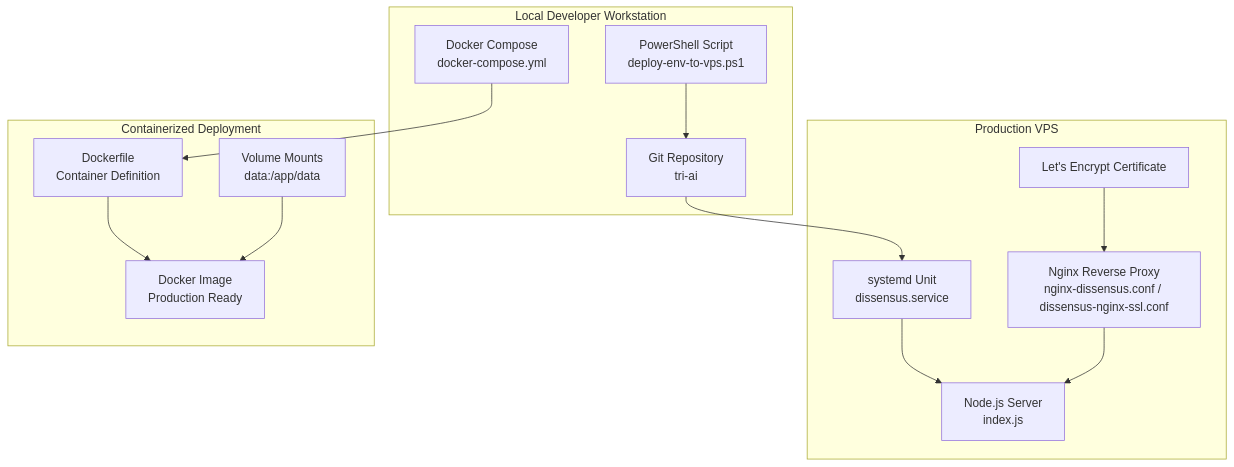
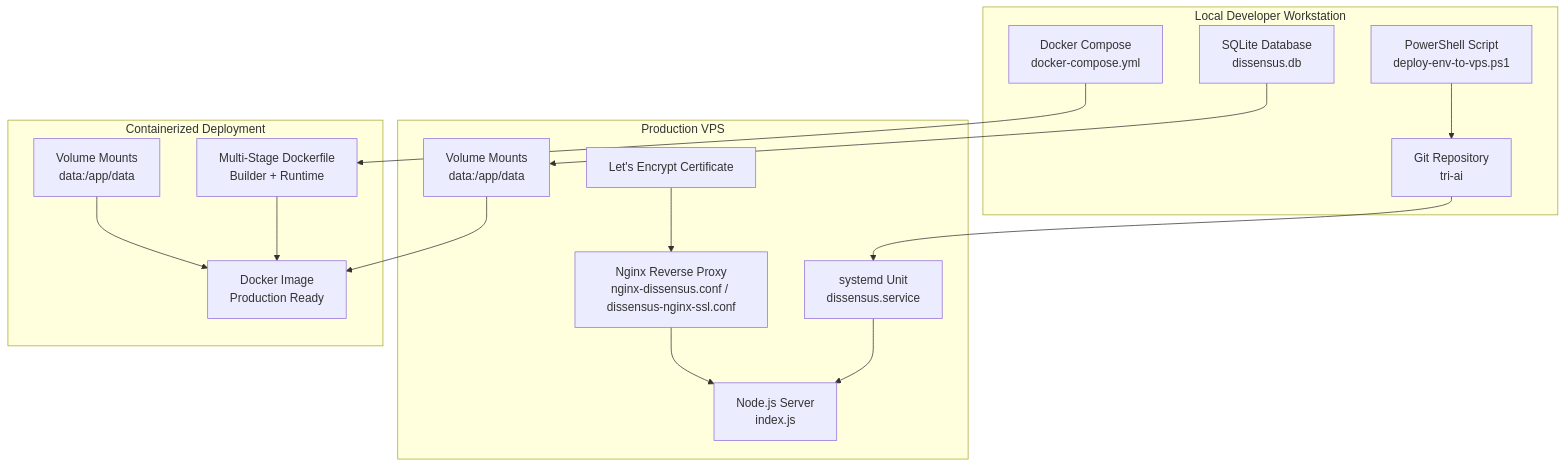
Before and after one commit to RunTimeAdmin/tri-ai: the first of 16 diagrams in .qoder/repowiki/en/content/Deployment & Operations/Deployment & Operations.md, drawn with Mermaid. The commit also changed other lines of this file and 40 other files, not shown here.

````diff
--- a/.qoder/repowiki/en/content/Deployment & Operations/Deployment & Operations.md
+++ b/.qoder/repowiki/en/content/Deployment & Operations/Deployment & Operations.md
@@ -56,27 +59,31 @@
 ```mermaid
 graph TB
 subgraph "Local Developer Workstation"
 PS["PowerShell Script<br/>deploy-env-to-vps.ps1"]
 Repo["Git Repository<br/>tri-ai"]
 DockerCompose["Docker Compose<br/>docker-compose.yml"]
+DB["SQLite Database<br/>dissensus.db"]
 end
 subgraph "Production VPS"
 Sysd["systemd Unit<br/>dissensus.service"]
 Node["Node.js Server<br/>index.js"]
 Nginx["Nginx Reverse Proxy<br/>nginx-dissensus.conf / dissensus-nginx-ssl.conf"]
 SSL["Let's Encrypt Certificate"]
+DBVol["Volume Mounts<br/>data:/app/data"]
 end
 subgraph "Containerized Deployment"
-Dockerfile["Dockerfile<br/>Container Definition"]
+Dockerfile["Multi-Stage Dockerfile<br/>Builder + Runtime"]
 DockerImage["Docker Image<br/>Production Ready"]
 DockerVolume["Volume Mounts<br/>data:/app/data"]
 end
 PS --> Repo
 Repo --> Sysd
 Sysd --> Node
 Nginx --> Node
 SSL --> Nginx
 DockerCompose --> Dockerfile
 Dockerfile --> DockerImage
 DockerVolume --> DockerImage
+DBVol --> DockerImage
+DB --> DBVol
 ```
````
